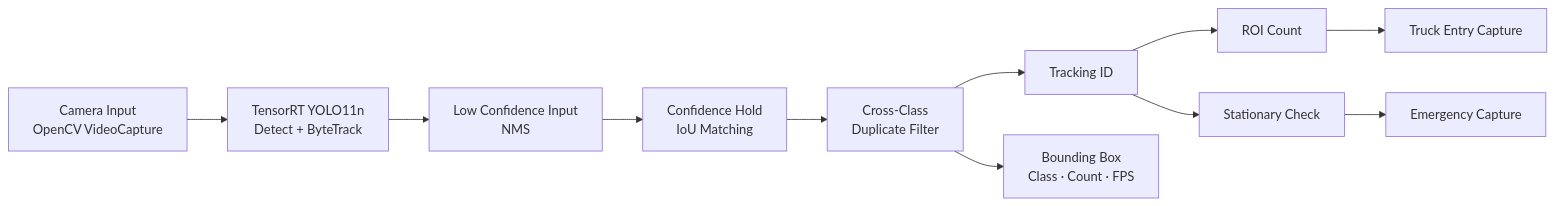
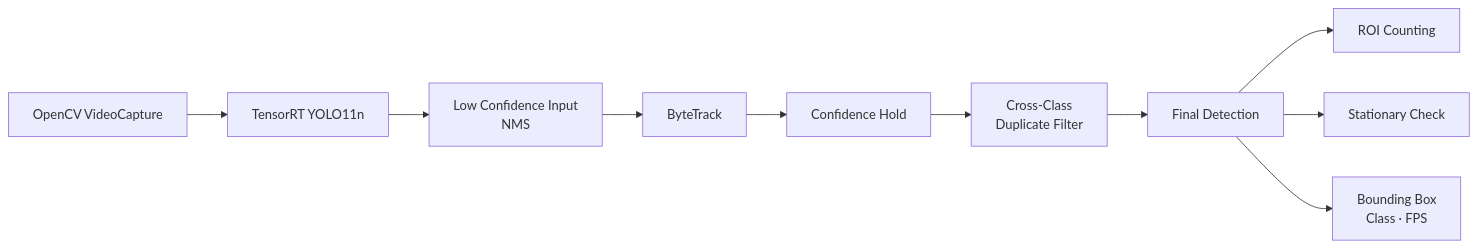
One commit to chieftain4202/RTL-Verification-Projects changed the fifth of 8 diagrams in 08-yolo-vehicle-detection/README.md. Above: the diagram before and after it, drawn with Mermaid. The commit also changed other lines of this file, not shown here.

````diff
--- a/08-yolo-vehicle-detection/README.md
+++ b/08-yolo-vehicle-detection/README.md
@@ -92,13 +177,12 @@
 ```mermaid
 flowchart LR
-    CAMERA["Camera Input<br/>OpenCV VideoCapture"] --> YOLO["TensorRT YOLO11n<br/>Detect + ByteTrack"]
+    CAMERA["OpenCV VideoCapture"] --> YOLO["TensorRT YOLO11n"]
     YOLO --> NMS["Low Confidence Input<br/>NMS"]
-    NMS --> HOLD["Confidence Hold<br/>IoU Matching"]
+    NMS --> TRACK["ByteTrack"]
+    TRACK --> HOLD["Confidence Hold"]
     HOLD --> DUP["Cross-Class<br/>Duplicate Filter"]
-    DUP --> TRACK["Tracking ID"]
-    TRACK --> ROI["ROI Count"]
-    TRACK --> STOP["Stationary Check"]
-    ROI --> CAPTURE["Truck Entry Capture"]
-    STOP --> CAPTURE2["Emergency Capture"]
-    DUP --> DISPLAY["Bounding Box<br/>Class · Count · FPS"]
+    DUP --> RESULT["Final Detection"]
+    RESULT --> ZONE["ROI Counting"]
+    RESULT --> STATIONARY["Stationary Check"]
+    RESULT --> VIEW["Bounding Box<br/>Class · FPS"]
 ```
````
